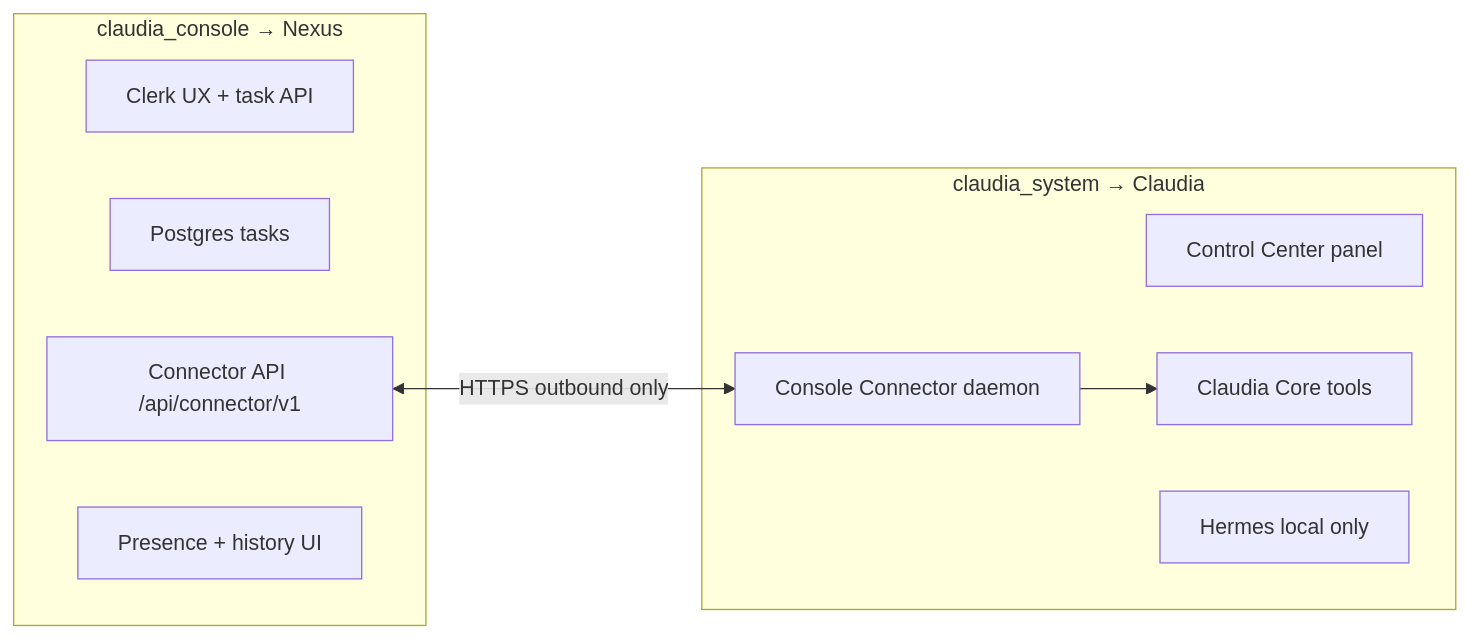
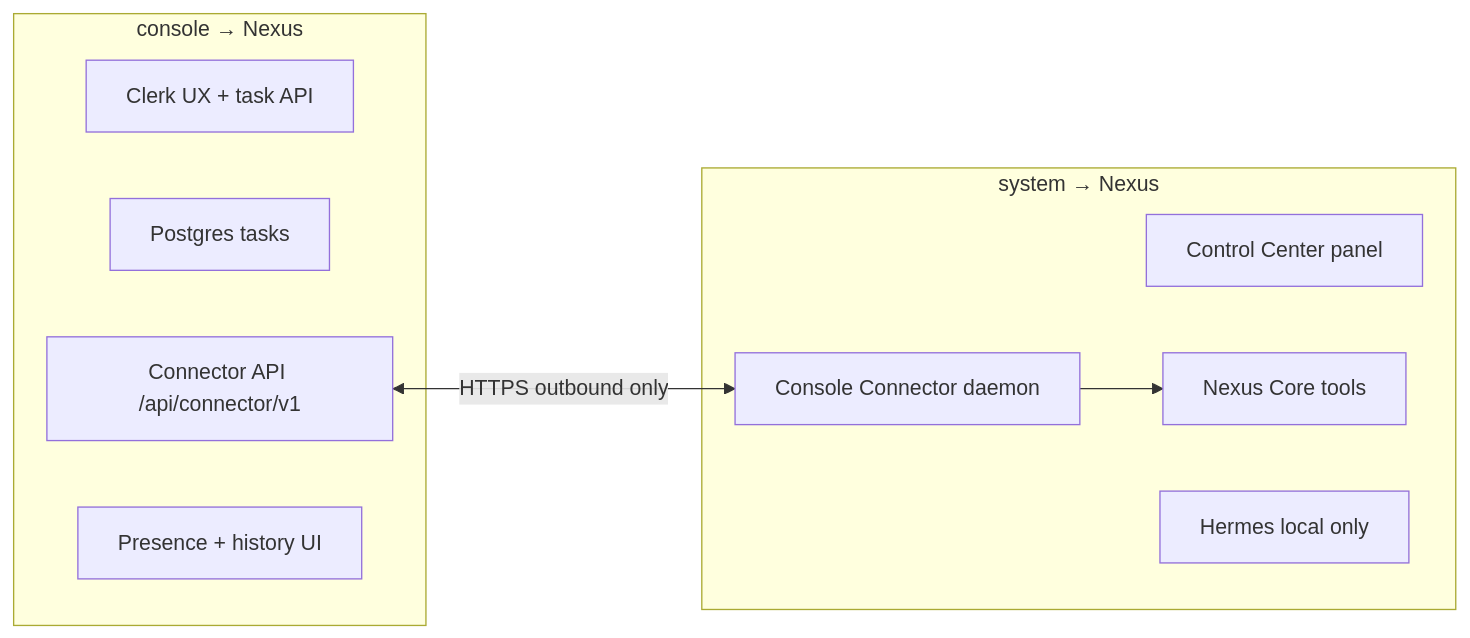
Before and after one commit to bretthoffmansage/nexus: the seventh of 8 diagrams in docs/specs/nexus_hosted_console_architecture_audit_v1.md, drawn with Mermaid. The commit also changed other lines of this file and 208 other files, not shown here.

First line of the commit message:
Rebrand phase 6 (console): docs and legacy console prose to the Nexus canon

````diff
--- a/docs/specs/nexus_hosted_console_architecture_audit_v1.md
+++ b/docs/specs/nexus_hosted_console_architecture_audit_v1.md
@@ -1110,19 +1110,19 @@
 ```mermaid
 flowchart LR
-  subgraph CC["claudia_console → Nexus"]
+  subgraph CC["console → Nexus"]
     N1[Clerk UX + task API]
     N2[Postgres tasks]
     N3[Connector API /api/connector/v1]
     N4[Presence + history UI]
   end
 
-  subgraph CS["claudia_system → Claudia"]
+  subgraph CS["system → Nexus"]
     C1[Console Connector daemon]
     C2[Control Center panel]
-    C3[Claudia Core tools]
+    C3[Nexus Core tools]
     C4[Hermes local only]
   end
 
   N3 <-->|HTTPS outbound only| C1
   C1 --> C3
 ```
````
